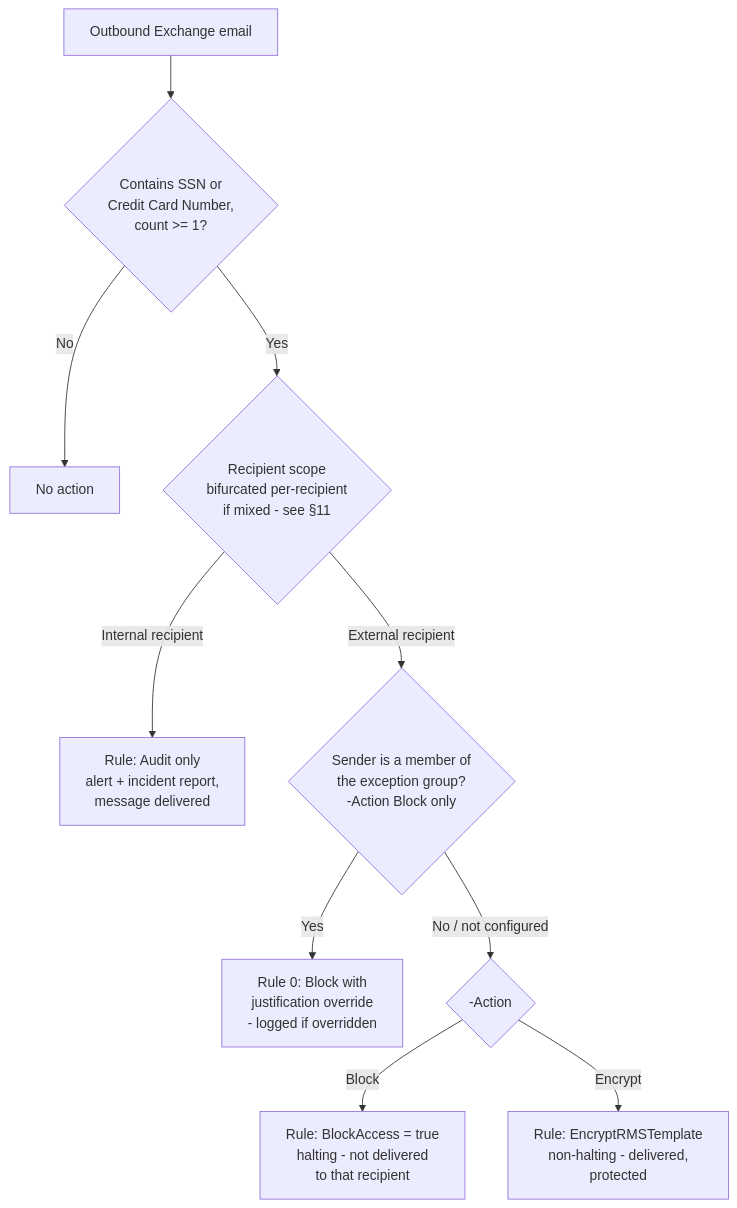
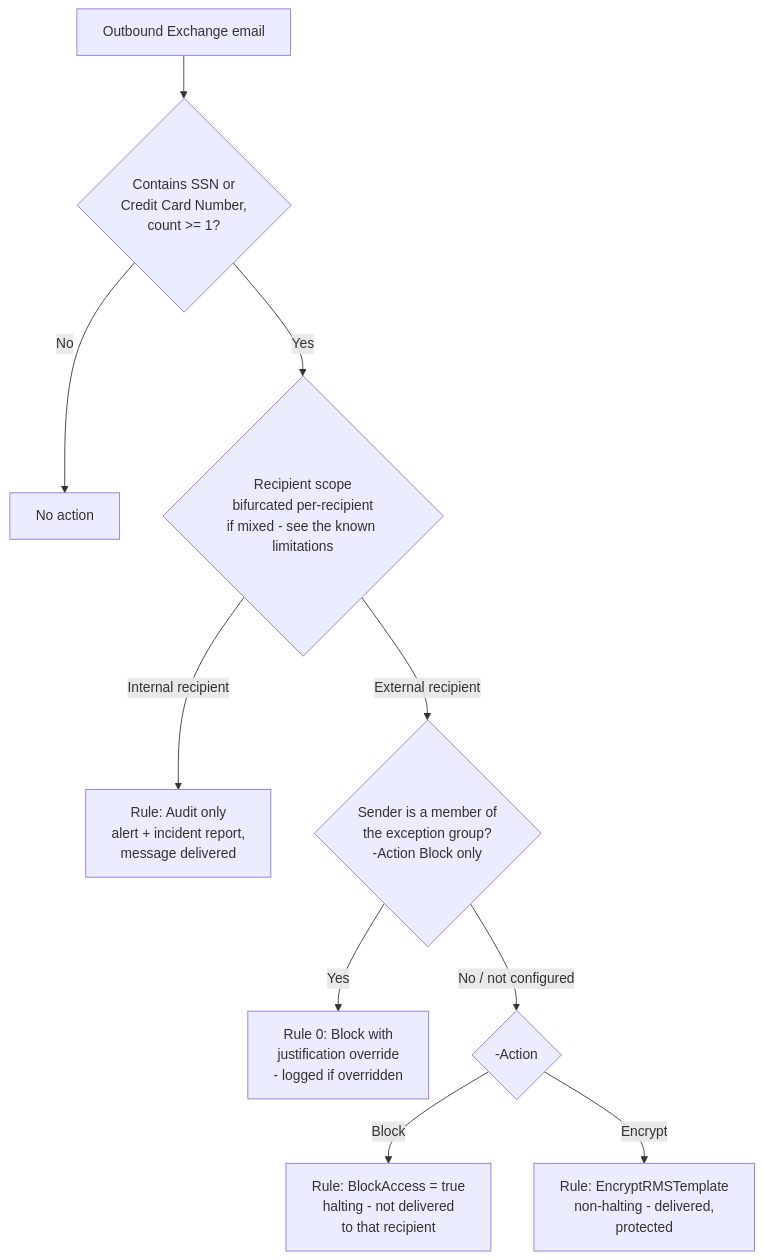
One commit to kpsec1/kpsec1.github.io changed the diagram in src/content/scenarios/dlp/exchange-pii-exfil-block.md. Above: the diagram before and after it, drawn with Mermaid. The commit also changed other lines of this file and 269 other files, not shown here.

````diff
--- a/src/content/scenarios/dlp/exchange-pii-exfil-block.md
+++ b/src/content/scenarios/dlp/exchange-pii-exfil-block.md
@@ -43,12 +43,12 @@
 ```mermaid
 flowchart TD
     A[Outbound Exchange email] --> B{"Contains SSN or<br/>Credit Card Number,<br/>count >= 1?"}
     B -- No --> Z[No action]
-    B -- Yes --> C{Recipient scope<br/>bifurcated per-recipient<br/>if mixed - see §11}
+    B -- Yes --> C{Recipient scope<br/>bifurcated per-recipient<br/>if mixed - see the known limitations}
     C -- Internal recipient --> D["Rule: Audit only<br/>alert + incident report,<br/>message delivered"]
     C -- External recipient --> E{Sender is a member of<br/>the exception group?<br/>-Action Block only}
     E -- Yes --> F[Rule 0: Block with<br/>justification override<br/>- logged if overridden]
     E -- No / not configured --> G{-Action}
     G -- Block --> H[Rule: BlockAccess = true<br/>halting - not delivered<br/>to that recipient]
     G -- Encrypt --> I["Rule: EncryptRMSTemplate<br/>non-halting - delivered,<br/>protected"]
 ```
````
